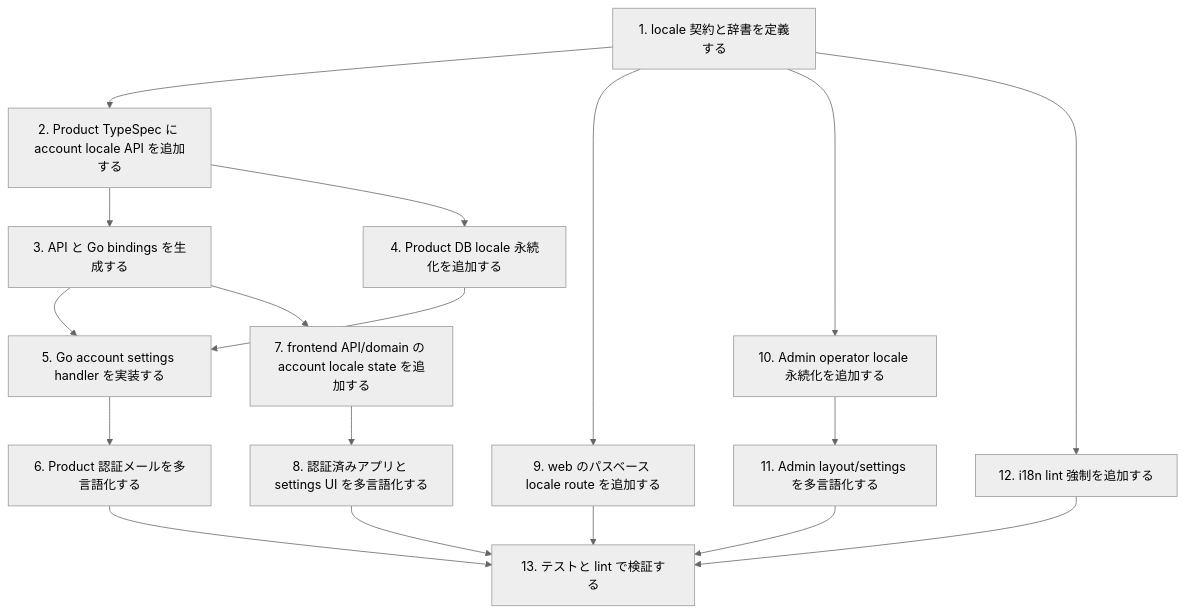
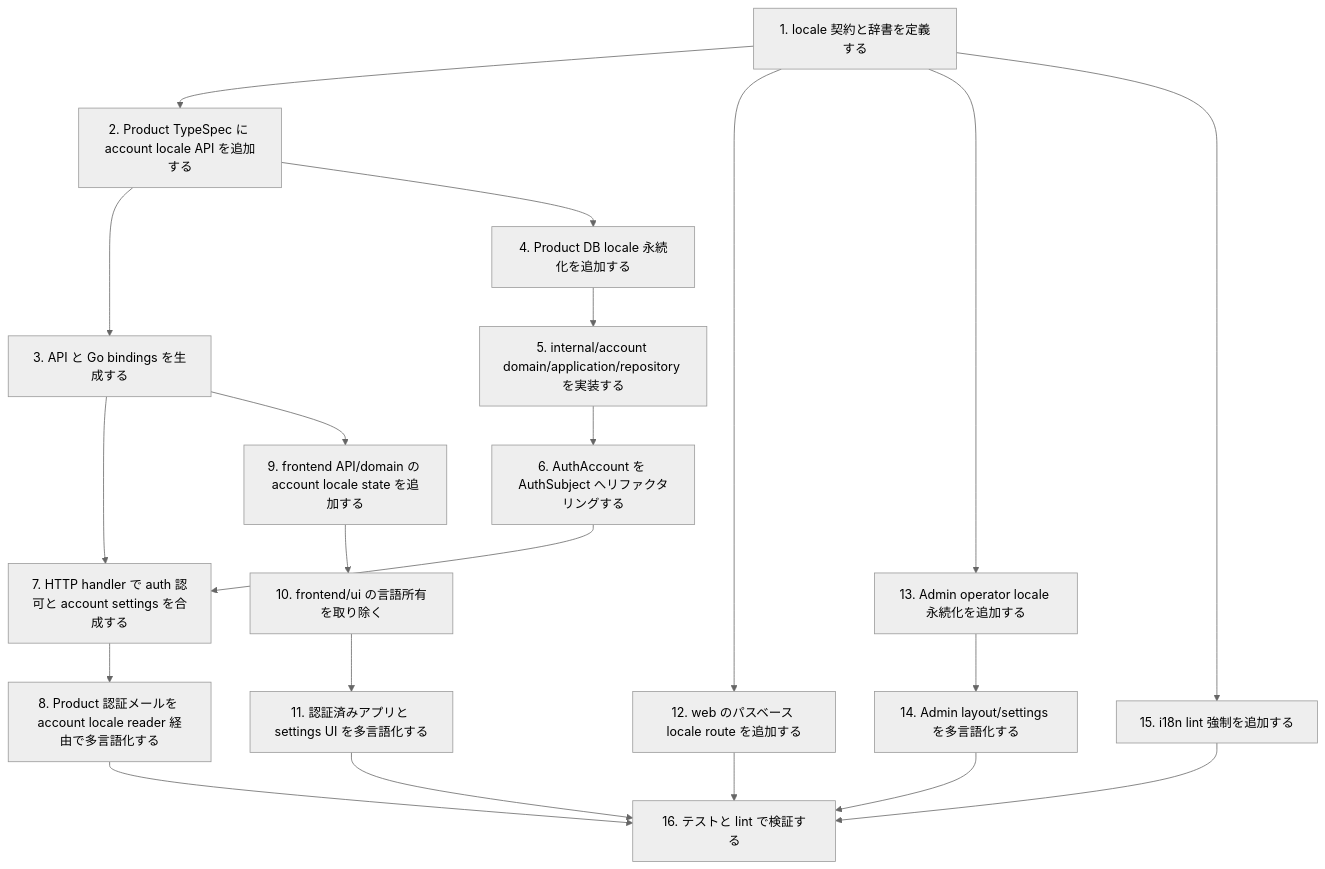
One commit to witwire-net/www-template changed the sixth of 6 diagrams in openspec/changes/add-default-i18n/design.md. Above: the diagram before and after it, drawn with Mermaid (neutral theme). The commit also changed other lines of this file and 9 other files, not shown here.

````diff
--- a/openspec/changes/add-default-i18n/design.md
+++ b/openspec/changes/add-default-i18n/design.md
@@ -408,20 +533,23 @@
 ```mermaid
 flowchart TD
   A[1. locale 契約と辞書を定義する] --> B[2. Product TypeSpec に account locale API を追加する]
   B --> C[3. API と Go bindings を生成する]
   B --> D[4. Product DB locale 永続化を追加する]
-  C --> E[5. Go account settings handler を実装する]
-  D --> E
-  E --> F[6. Product 認証メールを多言語化する]
-  C --> G[7. frontend API/domain の account locale state を追加する]
-  G --> H[8. 認証済みアプリと settings UI を多言語化する]
-  A --> I[9. web のパスベース locale route を追加する]
-  A --> J[10. Admin operator locale 永続化を追加する]
-  J --> K[11. Admin layout/settings を多言語化する]
-  A --> L[12. i18n lint 強制を追加する]
-  H --> M[13. テストと lint で検証する]
+  D --> E0[5. internal/account domain/application/repository を実装する]
+  E0 --> E2[6. AuthAccount を AuthSubject へリファクタリングする]
+  C --> E1[7. HTTP handler で auth 認可と account settings を合成する]
+  E2 --> E1
+  E1 --> F[8. Product 認証メールを account locale reader 経由で多言語化する]
+  C --> G[9. frontend API/domain の account locale state を追加する]
+  G --> H0[10. frontend/ui の言語所有を取り除く]
+  H0 --> H[11. 認証済みアプリと settings UI を多言語化する]
+  A --> I[12. web のパスベース locale route を追加する]
+  A --> J[13. Admin operator locale 永続化を追加する]
+  J --> K[14. Admin layout/settings を多言語化する]
+  A --> L[15. i18n lint 強制を追加する]
+  H --> M[16. テストと lint で検証する]
   I --> M
   K --> M
   F --> M
   L --> M
 ```
````
